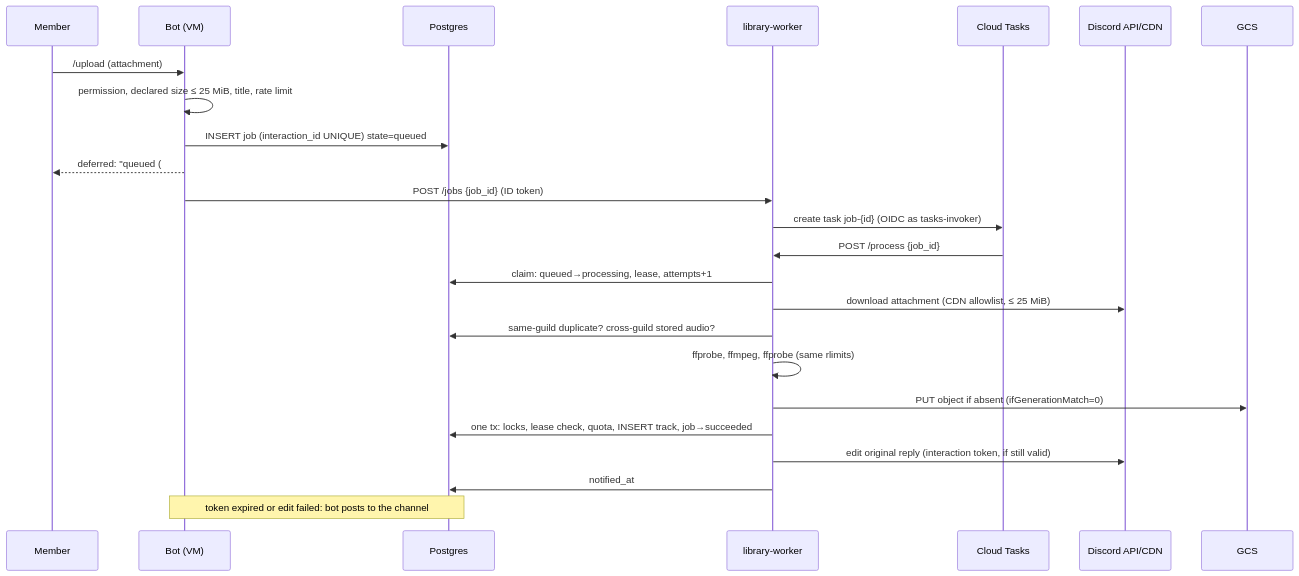
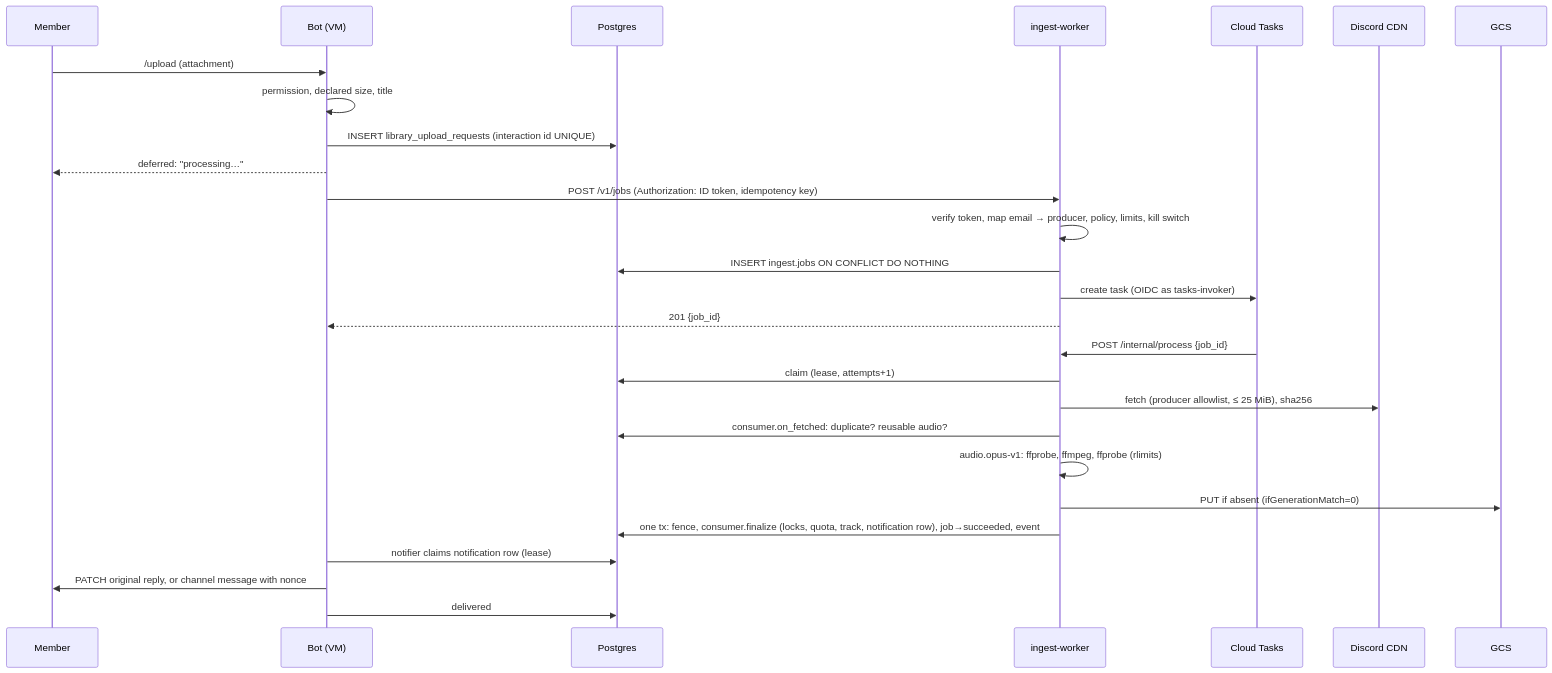
Before and after one commit to PatiphanAK/tatarbot: the diagram in docs/adr/0004-library-ingestion-worker.md, drawn with Mermaid. The commit also changed other lines of this file and 1 other file, not shown here.

Commit message:
docs: ADR 0004 final review: generic ingestion core, notification outbox, caller identity layers, cost controls and kill switch

````diff
--- a/docs/adr/0004-library-ingestion-worker.md
+++ b/docs/adr/0004-library-ingestion-worker.md
@@ -66,26 +149,29 @@
 ```mermaid
 sequenceDiagram
     participant U as Member
     participant B as Bot (VM)
     participant DB as Postgres
-    participant W as library-worker
+    participant W as ingest-worker
     participant Q as Cloud Tasks
-    participant D as Discord API/CDN
+    participant C as Discord CDN
     participant G as GCS
     U->>B: /upload (attachment)
-    B->>B: permission, declared size ≤ 25 MiB, title, rate limit
-    B->>DB: INSERT job (interaction_id UNIQUE) state=queued
-    B-->>U: deferred: "queued (#id)"
-    B->>W: POST /jobs {job_id} (ID token)
-    W->>Q: create task job-{id} (OIDC as tasks-invoker)
-    Q->>W: POST /process {job_id}
-    W->>DB: claim: queued→processing, lease, attempts+1
-    W->>D: download attachment (CDN allowlist, ≤ 25 MiB)
-    W->>DB: same-guild duplicate? cross-guild stored audio?
-    W->>W: ffprobe, ffmpeg, ffprobe (same rlimits)
-    W->>G: PUT object if absent (ifGenerationMatch=0)
-    W->>DB: one tx: locks, lease check, quota, INSERT track, job→succeeded
-    W->>D: edit original reply (interaction token, if still valid)
-    W->>DB: notified_at
-    Note over B,DB: token expired or edit failed: bot posts to the channel
+    B->>B: permission, declared size, title
+    B->>DB: INSERT library_upload_requests (interaction id UNIQUE)
+    B-->>U: deferred: "processing…"
+    B->>W: POST /v1/jobs (Authorization: ID token, idempotency key)
+    W->>W: verify token, map email → producer, policy, limits, kill switch
+    W->>DB: INSERT ingest.jobs ON CONFLICT DO NOTHING
+    W->>Q: create task (OIDC as tasks-invoker)
+    W-->>B: 201 {job_id}
+    Q->>W: POST /internal/process {job_id}
+    W->>DB: claim (lease, attempts+1)
+    W->>C: fetch (producer allowlist, ≤ 25 MiB), sha256
+    W->>DB: consumer.on_fetched: duplicate? reusable audio?
+    W->>W: audio.opus-v1: ffprobe, ffmpeg, ffprobe (rlimits)
+    W->>G: PUT if absent (ifGenerationMatch=0)
+    W->>DB: one tx: fence, consumer.finalize (locks, quota, track, notification row), job→succeeded, event
+    B->>DB: notifier claims notification row (lease)
+    B->>U: PATCH original reply, or channel message with nonce
+    B->>DB: delivered
 ```
````
